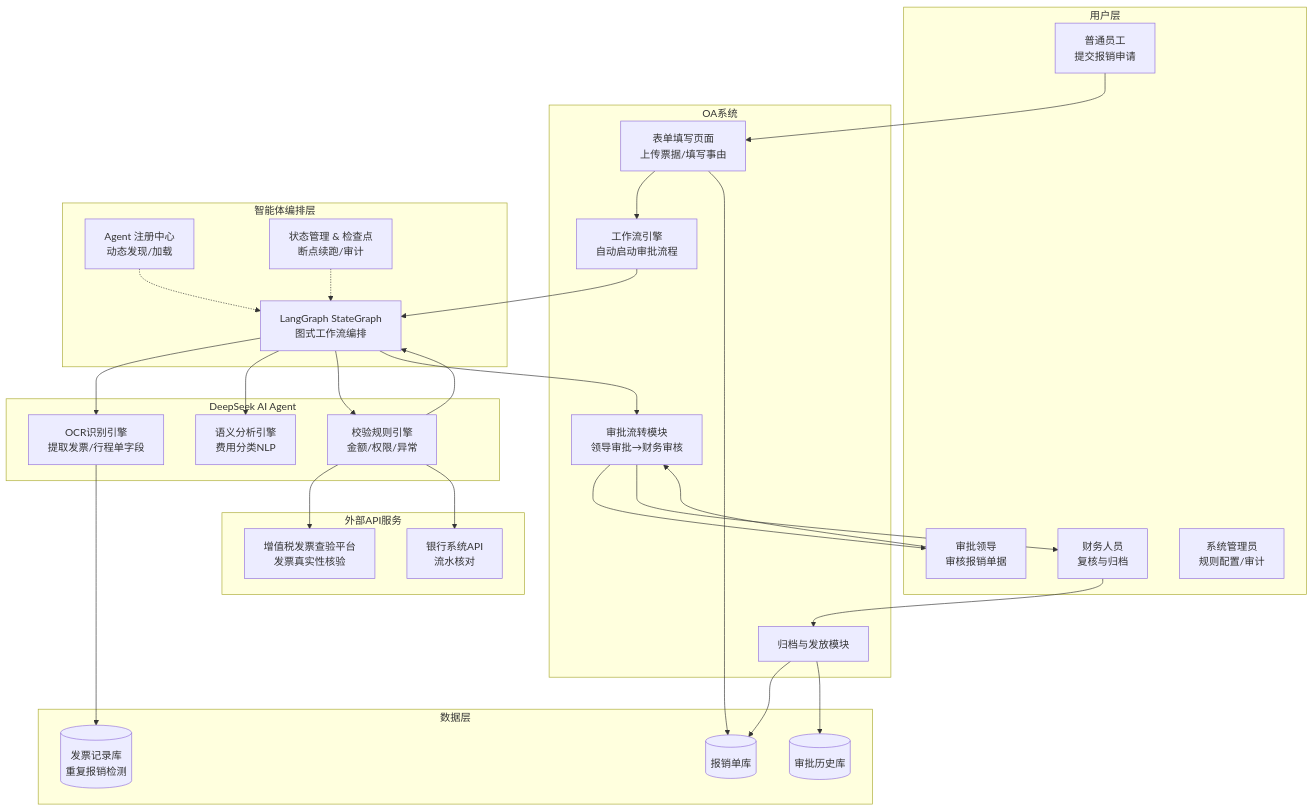
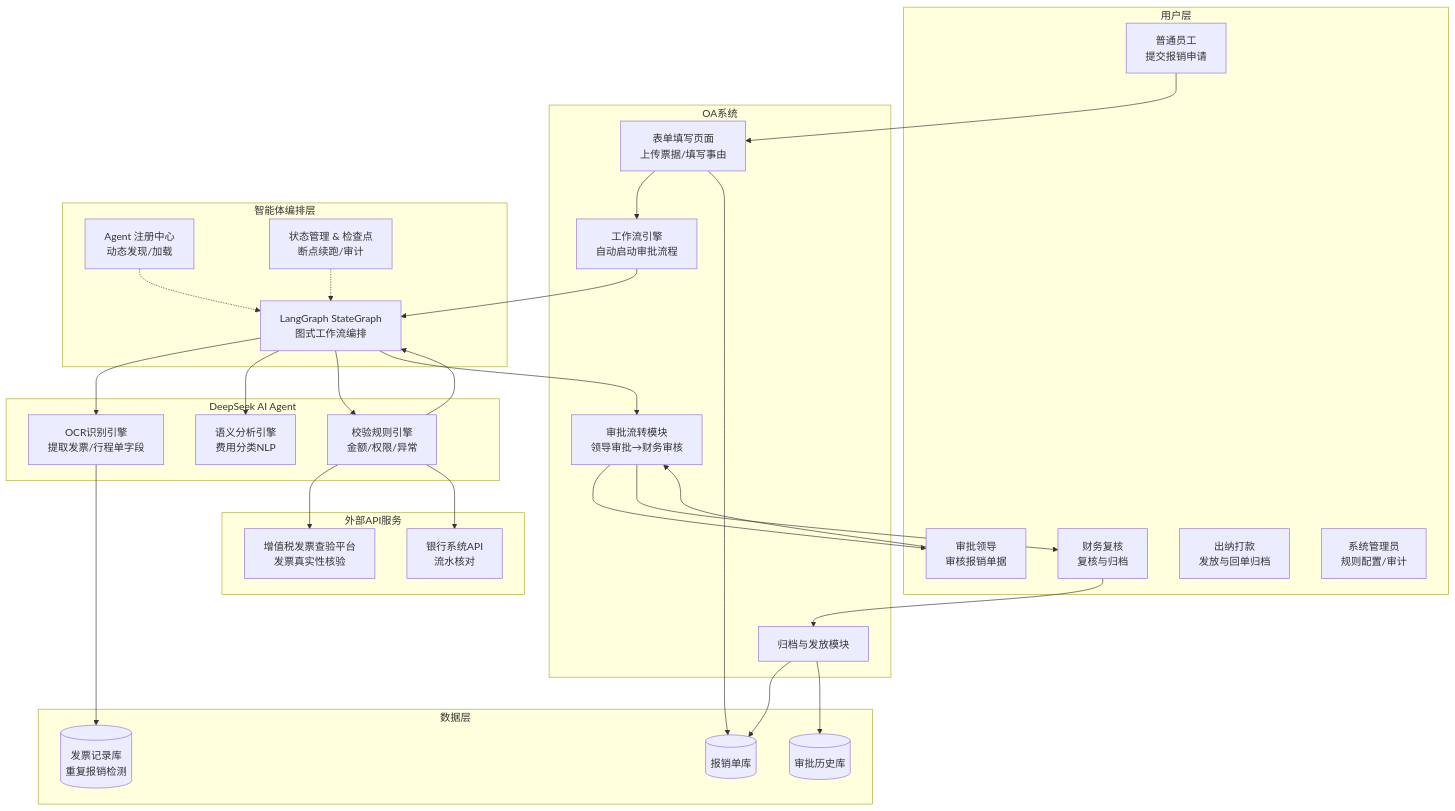
Before and after one commit to nickluo2026/OA-Reimbursement-AIAgent: the first of 5 diagrams in docs/design.md, drawn with Mermaid. The commit also changed other lines of this file and 18 other files, not shown here.

````diff
--- a/docs/design.md
+++ b/docs/design.md
@@ -18,60 +19,61 @@
 ```mermaid
 graph TB
     subgraph 用户层
         A1[普通员工<br/>提交报销申请]
         A2[审批领导<br/>审核报销单据]
-        A3[财务人员<br/>复核与归档]
+        A3[财务复核<br/>复核与归档]
+        A3b[出纳打款<br/>发放与回单归档]
         A4[系统管理员<br/>规则配置/审计]
     end
 
     subgraph OA系统
         B1[表单填写页面<br/>上传票据/填写事由]
         B2[工作流引擎<br/>自动启动审批流程]
         B3[审批流转模块<br/>领导审批→财务审核]
         B4[归档与发放模块]
     end
 
     subgraph 智能体编排层
         O1[LangGraph StateGraph<br/>图式工作流编排]
         O2[Agent 注册中心<br/>动态发现/加载]
         O3[状态管理 & 检查点<br/>断点续跑/审计]
     end
 
     subgraph DeepSeek AI Agent
         C1[OCR识别引擎<br/>提取发票/行程单字段]
         C2[语义分析引擎<br/>费用分类NLP]
         C3[校验规则引擎<br/>金额/权限/异常]
     end
 
     subgraph 外部API服务
         D1[增值税发票查验平台<br/>发票真实性核验]
         D2[银行系统API<br/>流水核对]
     end
 
     subgraph 数据层
         E1[(报销单库)]
         E2[(发票记录库<br/>重复报销检测)]
         E3[(审批历史库)]
     end
 
     A1 --> B1
     B1 --> B2
     B2 --> O1
     O1 --> C1
     O1 --> C2
     O1 --> C3
     O2 -.-> O1
     O3 -.-> O1
     C3 --> D1
     C3 --> D2
     C3 --> O1
     O1 --> B3
     B3 --> A2
     A2 --> B3
     B3 --> A3
     A3 --> B4
     B4 --> E1
     B4 --> E3
     C1 --> E2
     B1 --> E1
 ```
````
